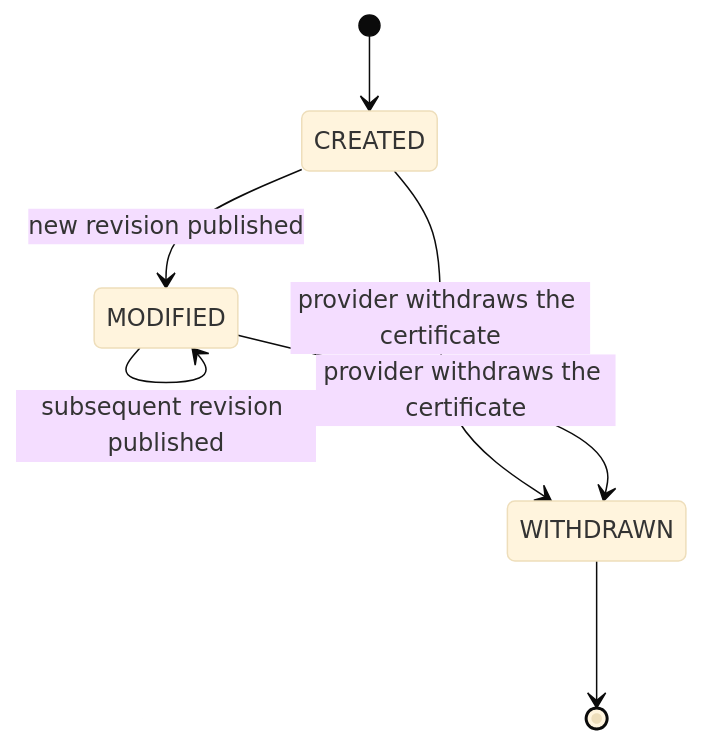
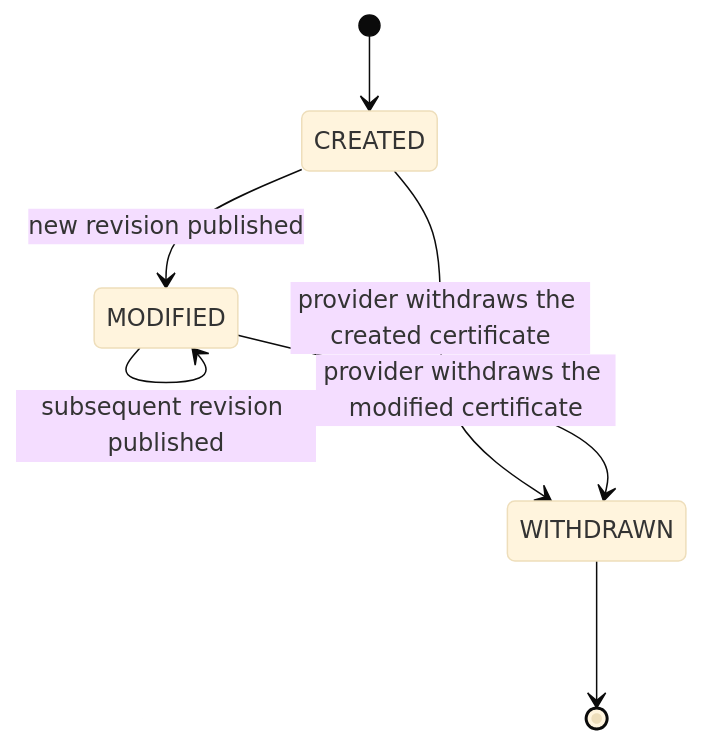
One commit to catenax-eV/catenax-ev.github.io changed the second of 2 diagrams in docs/standards/CX-0135-CompanyCertificateManagement/CX-0135-CompanyCertificateManagement.md. Above: the diagram before and after it, drawn with Mermaid (base theme). The commit also changed other lines of this file, not shown here.

````diff
--- a/docs/standards/CX-0135-CompanyCertificateManagement/CX-0135-CompanyCertificateManagement.md
+++ b/docs/standards/CX-0135-CompanyCertificateManagement/CX-0135-CompanyCertificateManagement.md
@@ -284,9 +279,9 @@
 ```mermaid
 stateDiagram-v2
     [*] --> CREATED
     CREATED --> MODIFIED: new revision published
     MODIFIED --> MODIFIED: subsequent revision published
-    CREATED --> WITHDRAWN: provider withdraws the certificate
-    MODIFIED --> WITHDRAWN: provider withdraws the certificate
+    CREATED --> WITHDRAWN: provider withdraws the created certificate
+    MODIFIED --> WITHDRAWN: provider withdraws the modified certificate
     WITHDRAWN --> [*]
 ```
````
